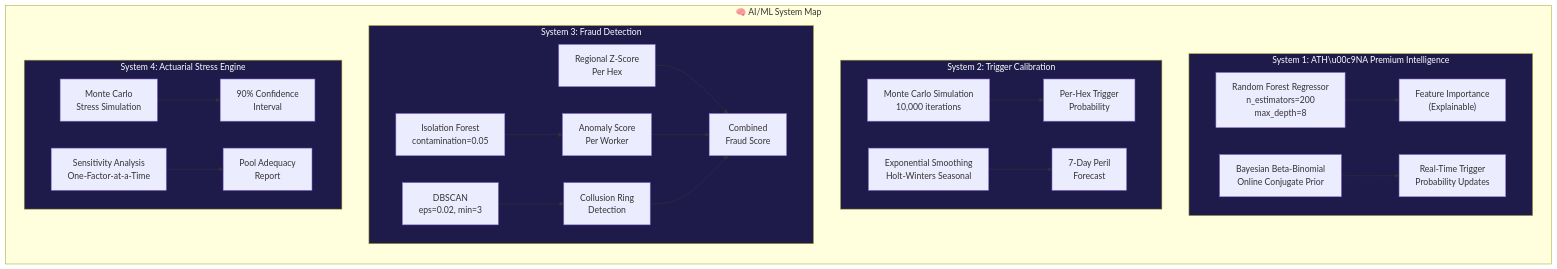
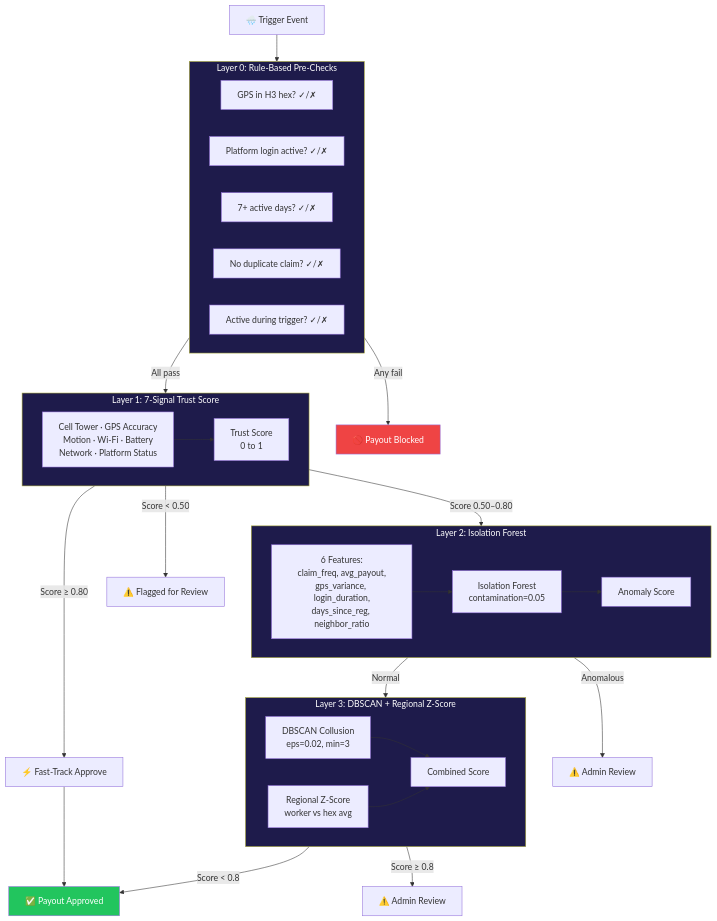
The seventh of 10 diagrams in README.md (lobezno16/gig-income-shield), drawn with Mermaid before and after one commit. The commit also changed other lines of this file, not shown here.

````diff
--- a/README.md
+++ b/README.md
@@ -637,34 +811,51 @@
 ```mermaid
-flowchart TB
-    subgraph "🧠 AI/ML System Map"
-        direction TB
-        
-        subgraph S1["System 1: ATH\u00c9NA Premium Intelligence"]
-            RF["Random Forest Regressor\nn_estimators=200\nmax_depth=8"] --> FI["Feature Importance\n(Explainable)"]
-            BB["Bayesian Beta-Binomial\nOnline Conjugate Prior"] --> TUP["Real-Time Trigger\nProbability Updates"]
-        end
-
-        subgraph S2["System 2: Trigger Calibration"]
-            MC["Monte Carlo Simulation\n10,000 iterations"] --> TP2["Per-Hex Trigger\nProbability"]
-            ES["Exponential Smoothing\nHolt-Winters Seasonal"] --> FC["7-Day Peril\nForecast"]
-        end
-
-        subgraph S3["System 3: Fraud Detection"]
-            IF["Isolation Forest\ncontamination=0.05"] --> AS["Anomaly Score\nPer Worker"]
-            DBS["DBSCAN\neps=0.02, min=3"] --> CR["Collusion Ring\nDetection"]
-            ZS["Regional Z-Score\nPer Hex"] --> FS["Combined\nFraud Score"]
-            AS --> FS
-            CR --> FS
-        end
-
-        subgraph S4["System 4: Actuarial Stress Engine"]
-            MCS["Monte Carlo\nStress Simulation"] --> CI["90% Confidence\nInterval"]
-            SA["Sensitivity Analysis\nOne-Factor-at-a-Time"] --> PA["Pool Adequacy\nReport"]
-        end
+flowchart TD
+    TE["🌧️ Trigger Event"] --> L0
+    
+    subgraph L0["Layer 0: Rule-Based Pre-Checks"]
+        GPS["GPS in H3 hex? ✓/✗"]
+        LOGIN["Platform login active? ✓/✗"]
+        WARRANTY["7+ active days? ✓/✗"]
+        DUP["No duplicate claim? ✓/✗"]
+        HOURS["Active during trigger? ✓/✗"]
     end
-
-    style S1 fill:#1e1b4b,color:#fff
-    style S2 fill:#1e1b4b,color:#fff
-    style S3 fill:#1e1b4b,color:#fff
-    style S4 fill:#1e1b4b,color:#fff
+    
+    L0 -->|"All pass"| L1
+    L0 -->|"Any fail"| BLOCK["🚫 Payout Blocked"]
+    
+    subgraph L1["Layer 1: 7-Signal Trust Score"]
+        SIG["Cell Tower · GPS Accuracy\nMotion · Wi-Fi · Battery\nNetwork · Platform Status"]
+        SIG --> TS["Trust Score\n0 to 1"]
+    end
+    
+    L1 -->|"Score ≥ 0.80"| FAST["⚡ Fast-Track Approve"]
+    L1 -->|"Score < 0.50"| FLAG["⚠️ Flagged for Review"]
+    L1 -->|"Score 0.50–0.80"| L2
+    
+    subgraph L2["Layer 2: Isolation Forest"]
+        FEAT["6 Features:\nclaim_freq, avg_payout,\ngps_variance, login_duration,\ndays_since_reg, neighbor_ratio"]
+        FEAT --> ISO["Isolation Forest\ncontamination=0.05"]
+        ISO --> ASCORE["Anomaly Score"]
+    end
+    
+    L2 -->|"Normal"| L3
+    L2 -->|"Anomalous"| FLAG2["⚠️ Admin Review"]
+    
+    subgraph L3["Layer 3: DBSCAN + Regional Z-Score"]
+        DBSCAN_N["DBSCAN Collusion\neps=0.02, min=3"]
+        ZSCORE["Regional Z-Score\nworker vs hex avg"]
+        DBSCAN_N --> COMBINED["Combined Score"]
+        ZSCORE --> COMBINED
+    end
+    
+    L3 -->|"Score < 0.8"| PAY["✅ Payout Approved"]
+    L3 -->|"Score ≥ 0.8"| FLAG3["⚠️ Admin Review"]
+    FAST --> PAY
+    
+    style L0 fill:#1e1b4b,color:#fff
+    style L1 fill:#1e1b4b,color:#fff
+    style L2 fill:#1e1b4b,color:#fff
+    style L3 fill:#1e1b4b,color:#fff
+    style PAY fill:#22c55e,color:#fff
+    style BLOCK fill:#ef4444,color:#fff
 ```
````
